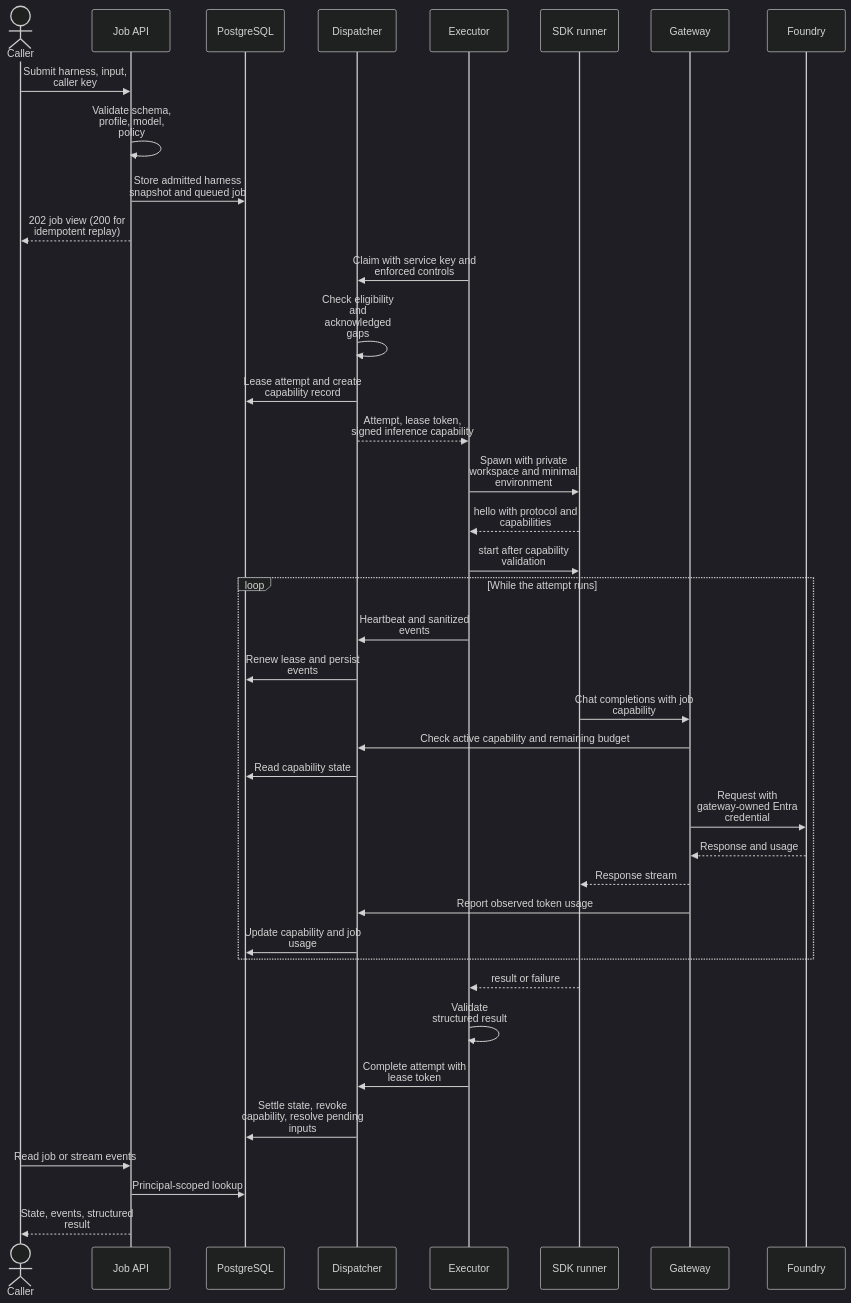
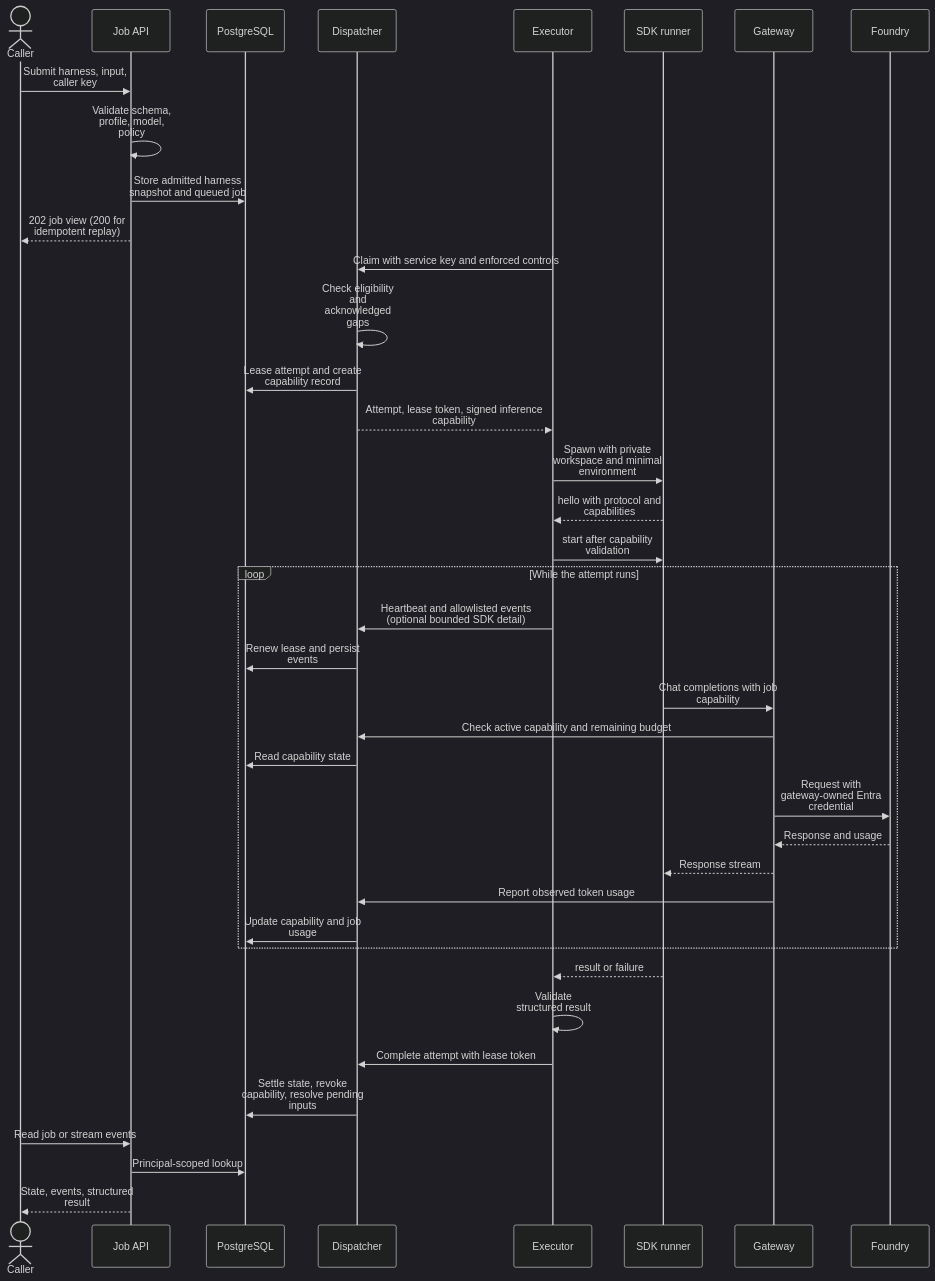
Before and after one commit to patniko/copilot-sdk-aspire: the first of 4 diagrams in docs/ARCHITECTURE.md, drawn with Mermaid (dark theme). The commit also changed 17 other files, not shown here.

````diff
--- a/docs/ARCHITECTURE.md
+++ b/docs/ARCHITECTURE.md
@@ -59,47 +59,47 @@
 ```mermaid
 ---
 config:
     sequence:
         wrap: true
         width: 120
 ---
 sequenceDiagram
     actor Caller
     participant API as Job API
     participant DB as PostgreSQL
     participant D as Dispatcher
     participant E as Executor
     participant R as SDK runner
     participant G as Gateway
     participant F as Foundry
     Caller->>API: Submit harness, input, caller key
     API->>API: Validate schema, profile, model, policy
     API->>DB: Store admitted harness snapshot and queued job
     API-->>Caller: 202 job view (200 for idempotent replay)
     E->>D: Claim with service key and enforced controls
     D->>D: Check eligibility and acknowledged gaps
     D->>DB: Lease attempt and create capability record
     D-->>E: Attempt, lease token, signed inference capability
     E->>R: Spawn with private workspace and minimal environment
     R-->>E: hello with protocol and capabilities
     E->>R: start after capability validation
     loop While the attempt runs
-        E->>D: Heartbeat and sanitized events
+        E->>D: Heartbeat and allowlisted events<br/>(optional bounded SDK detail)
         D->>DB: Renew lease and persist events
         R->>G: Chat completions with job capability
         G->>D: Check active capability and remaining budget
         D->>DB: Read capability state
         G->>F: Request with gateway-owned Entra credential
         F-->>G: Response and usage
         G-->>R: Response stream
         G->>D: Report observed token usage
         D->>DB: Update capability and job usage
     end
     R-->>E: result or failure
     E->>E: Validate structured result
     E->>D: Complete attempt with lease token
     D->>DB: Settle state, revoke capability, resolve pending inputs
     Caller->>API: Read job or stream events
     API->>DB: Principal-scoped lookup
     API-->>Caller: State, events, structured result
 ```
````
